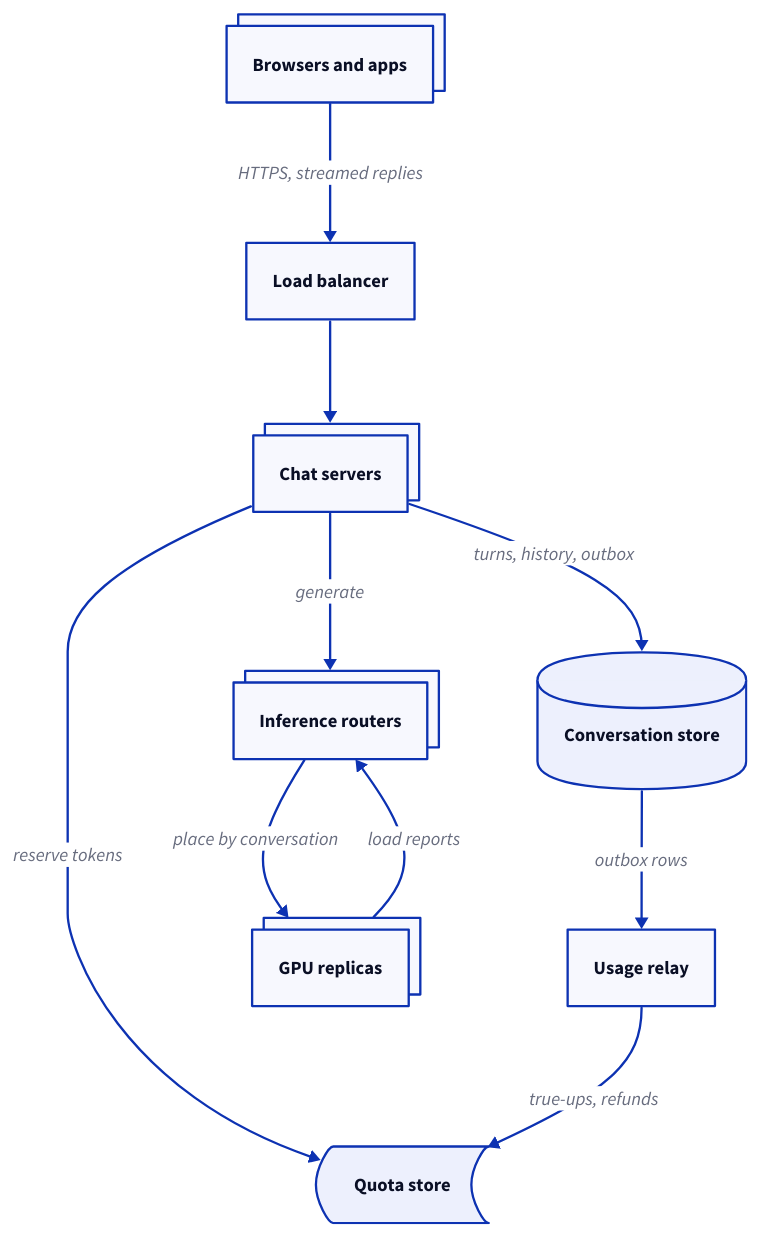
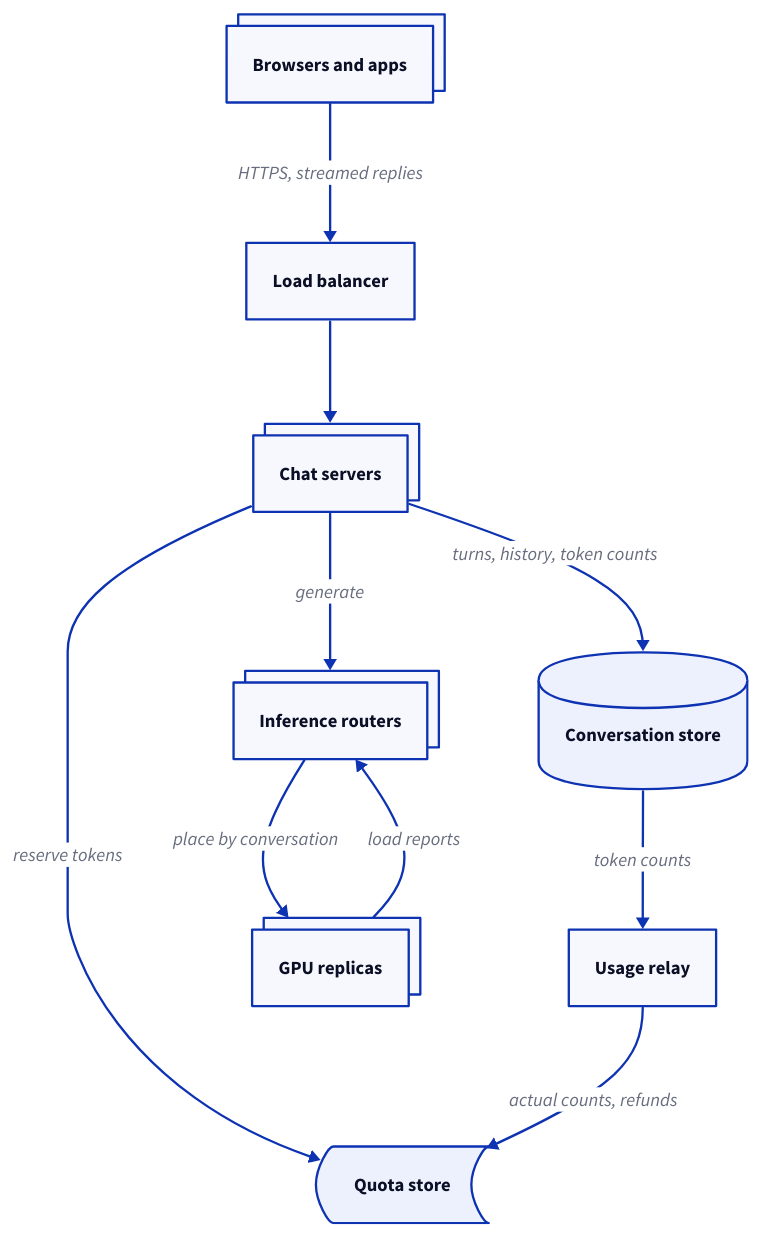
One commit to enbattle/til changed the diagram in src/system-design/diagrams/llm-chat-serving/architecture.d2. Above: the diagram before and after it, drawn with D2. The commit also changed 14 other files, not shown here.

```diff
--- a/src/system-design/diagrams/llm-chat-serving/architecture.d2
+++ b/src/system-design/diagrams/llm-chat-serving/architecture.d2
@@ -1,35 +1,35 @@
 # High-level architecture of the LLM chat service: chat servers own each turn,
 # routers admit and place generation requests on GPU replicas, and token usage
 # reaches the quota store through an outbox relay.
 direction: down
 
 clients: Browsers and apps {
   style.multiple: true
 }
 lb: Load balancer
 chat: Chat servers {
   style.multiple: true
 }
 store: Conversation store {
   shape: cylinder
 }
 quota: Quota store {
   shape: stored_data
 }
 relay: Usage relay
 router: Inference routers {
   style.multiple: true
 }
 replicas: GPU replicas {
   style.multiple: true
 }
 
 clients -> lb: "HTTPS, streamed replies"
 lb -> chat
-chat -> store: "turns, history, outbox"
+chat -> store: "turns, history, token counts"
 chat -> quota: "reserve tokens"
 chat -> router: "generate"
 router -> replicas: "place by conversation"
 replicas -> router: "load reports"
-store -> relay: "outbox rows"
-relay -> quota: "true-ups, refunds"
+store -> relay: "token counts"
+relay -> quota: "actual counts, refunds"
```
